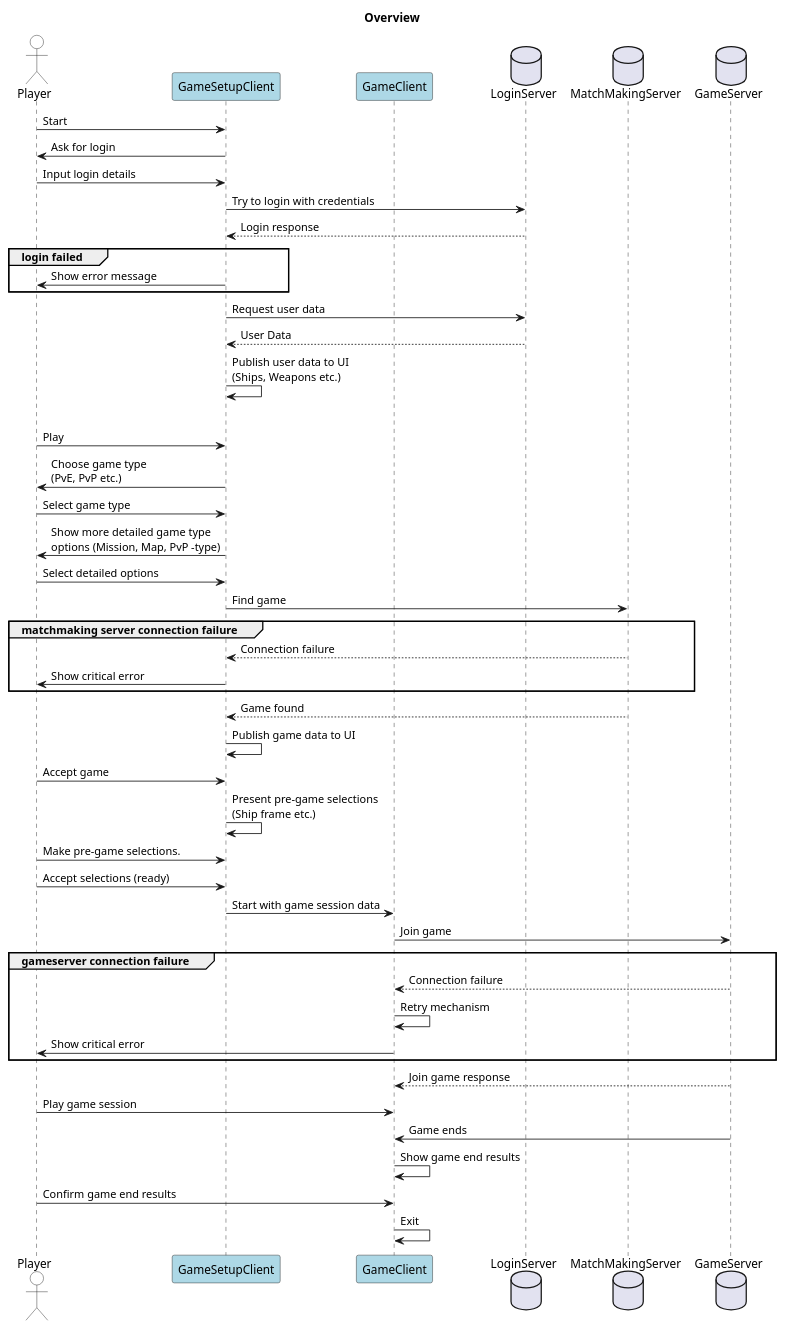
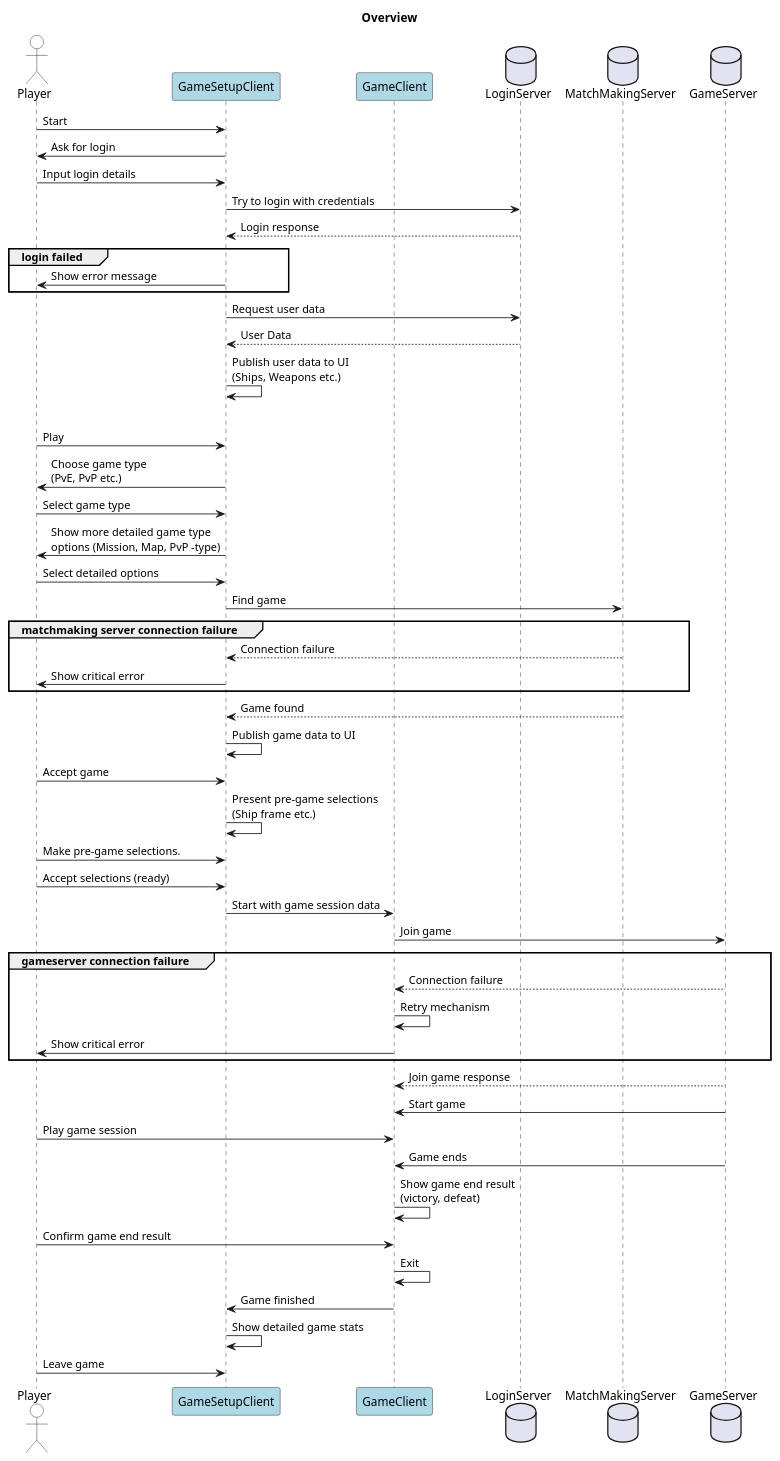
Before and after one commit to gomsu/aw-moba-docs: the diagram in diagrams/overview.puml, drawn with PlantUML.

Commit message:
Add more stuff after game finish

```diff
--- a/diagrams/overview.puml
+++ b/diagrams/overview.puml
@@ -1,51 +1,55 @@
 @startuml
 title Overview
 actor Player #white
 participant GameSetupClient #lightblue
 participant GameClient #lightblue
 database LoginServer
 database MatchMakingServer
 database GameServer
 
 Player -> GameSetupClient : Start
 GameSetupClient -> Player : Ask for login
 Player -> GameSetupClient : Input login details
 GameSetupClient -> LoginServer : Try to login with credentials
 LoginServer --> GameSetupClient : Login response
 group login failed
 GameSetupClient -> Player : Show error message
 end group
 GameSetupClient -> LoginServer : Request user data
 LoginServer --> GameSetupClient : User Data
 GameSetupClient -> GameSetupClient : Publish user data to UI\n(Ships, Weapons etc.)
 group
 Player -> GameSetupClient : Play
 GameSetupClient -> Player : Choose game type\n(PvE, PvP etc.)
 Player -> GameSetupClient : Select game type
 GameSetupClient -> Player : Show more detailed game type\noptions (Mission, Map, PvP -type)
 Player -> GameSetupClient : Select detailed options
 GameSetupClient -> MatchMakingServer : Find game
 group matchmaking server connection failure
 MatchMakingServer --> GameSetupClient : Connection failure
 GameSetupClient -> Player : Show critical error
 end group
 MatchMakingServer --> GameSetupClient : Game found
 GameSetupClient -> GameSetupClient : Publish game data to UI
 Player -> GameSetupClient : Accept game
 GameSetupClient -> GameSetupClient : Present pre-game selections\n(Ship frame etc.)
 Player -> GameSetupClient : Make pre-game selections.
 Player -> GameSetupClient : Accept selections (ready)
 GameSetupClient -> GameClient : Start with game session data
 GameClient -> GameServer : Join game
 group gameserver connection failure
 GameServer --> GameClient : Connection failure
 GameClient -> GameClient : Retry mechanism
 GameClient -> Player : Show critical error
 end group
 GameServer --> GameClient : Join game response
+GameServer -> GameClient : Start game
 Player -> GameClient : Play game session
 GameServer -> GameClient : Game ends
-GameClient -> GameClient : Show game end results
-Player -> GameClient : Confirm game end results
+GameClient -> GameClient : Show game end result\n(victory, defeat)
+Player -> GameClient : Confirm game end result
 GameClient -> GameClient : Exit
+GameClient -> GameSetupClient : Game finished
+GameSetupClient -> GameSetupClient : Show detailed game stats
+Player -> GameSetupClient : Leave game
 @enduml
```
